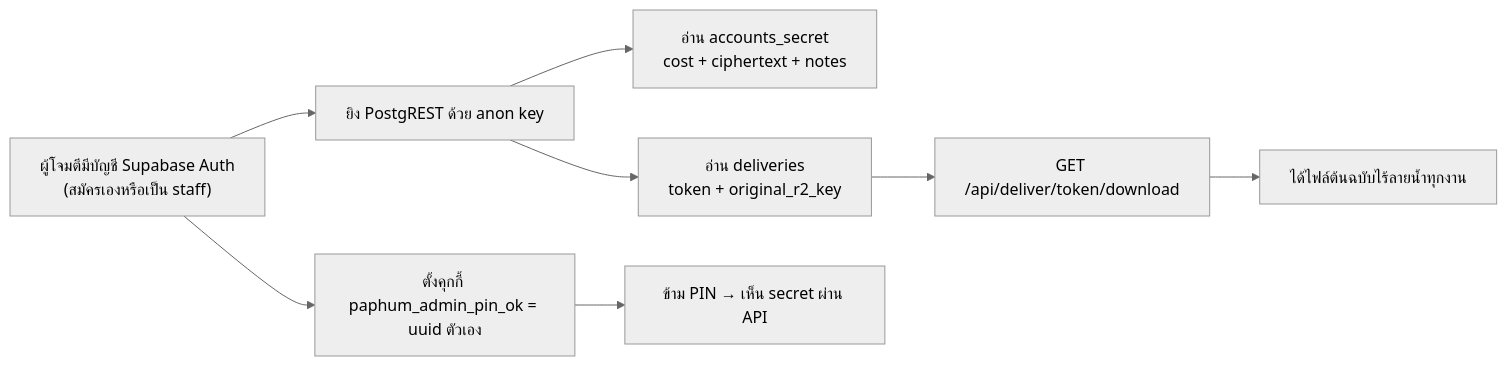
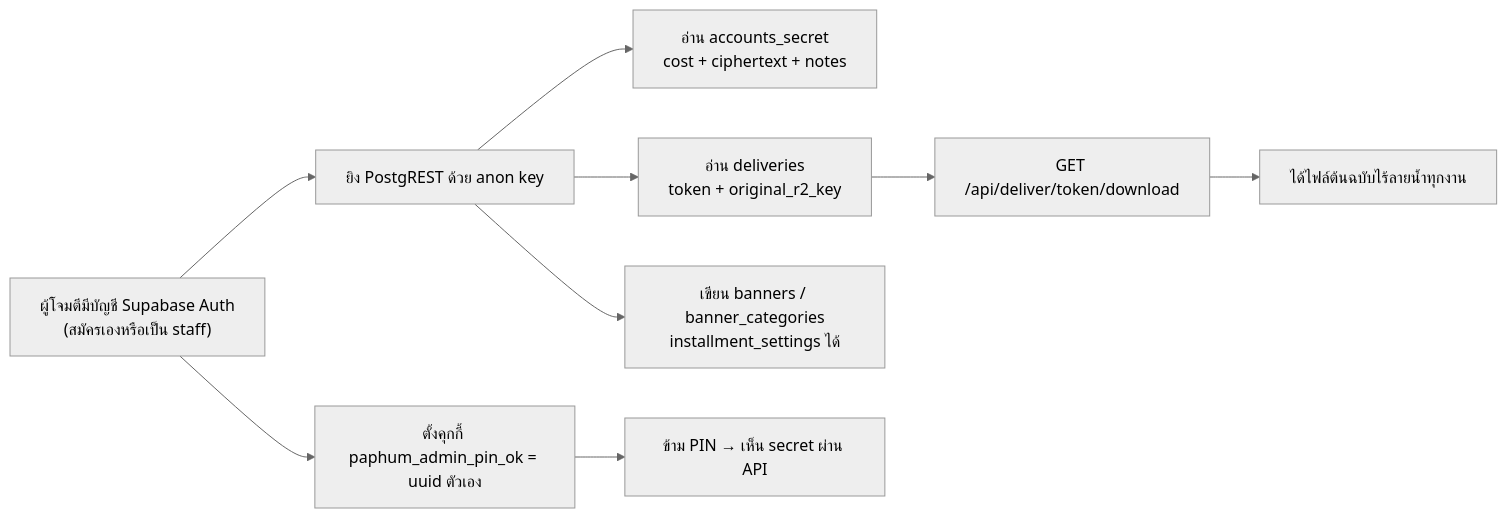
One commit to PAPhum/PAPhumShop changed the diagram in docs/04-security-audit.md. Above: the diagram before and after it, drawn with Mermaid (neutral theme). The commit also changed other lines of this file and 7 other files, not shown here.

````diff
--- a/docs/04-security-audit.md
+++ b/docs/04-security-audit.md
@@ -20,10 +20,11 @@
 ```mermaid
 flowchart LR
   A["ผู้โจมตีมีบัญชี Supabase Auth<br/>(สมัครเองหรือเป็น staff)"] --> B["ยิง PostgREST ด้วย anon key"]
   B --> C["อ่าน accounts_secret<br/>cost + ciphertext + notes"]
   B --> D["อ่าน deliveries<br/>token + original_r2_key"]
   D --> E["GET /api/deliver/token/download"]
   E --> F["ได้ไฟล์ต้นฉบับไร้ลายน้ำทุกงาน"]
+  B --> I["เขียน banners / banner_categories<br/>installment_settings ได้"]
   A --> G["ตั้งคุกกี้ paphum_admin_pin_ok = uuid ตัวเอง"]
   G --> H["ข้าม PIN → เห็น secret ผ่าน API"]
 ```
````
